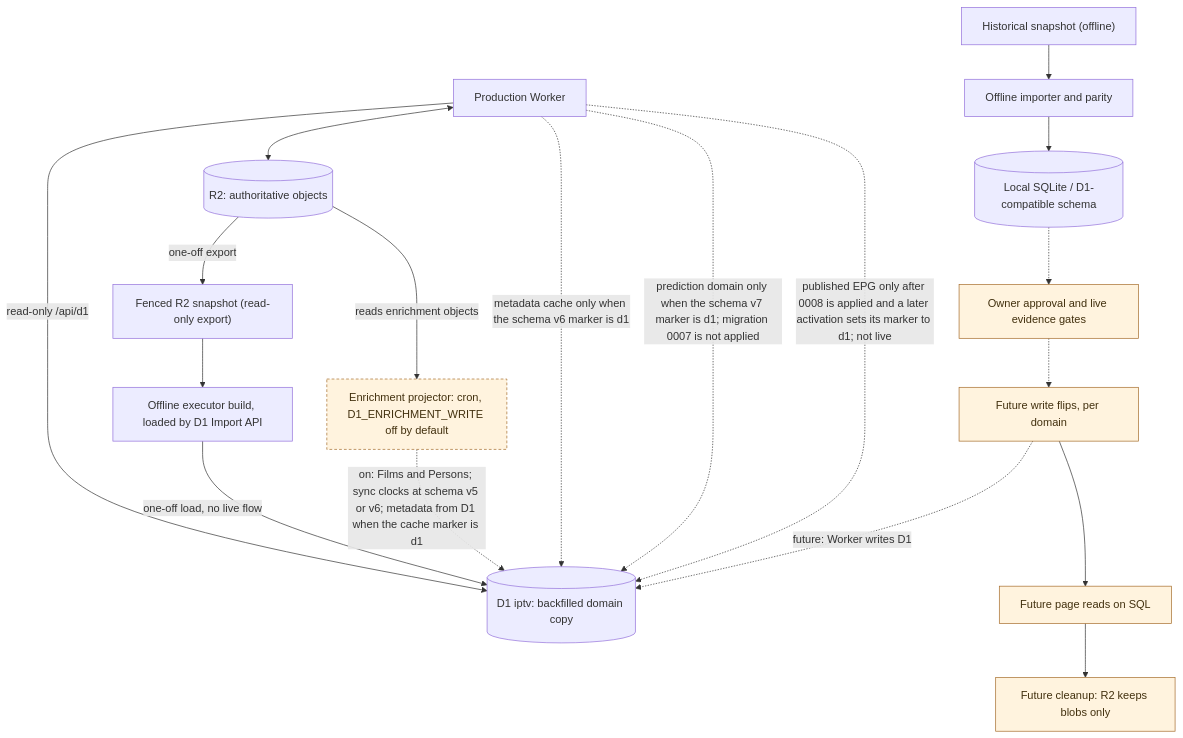
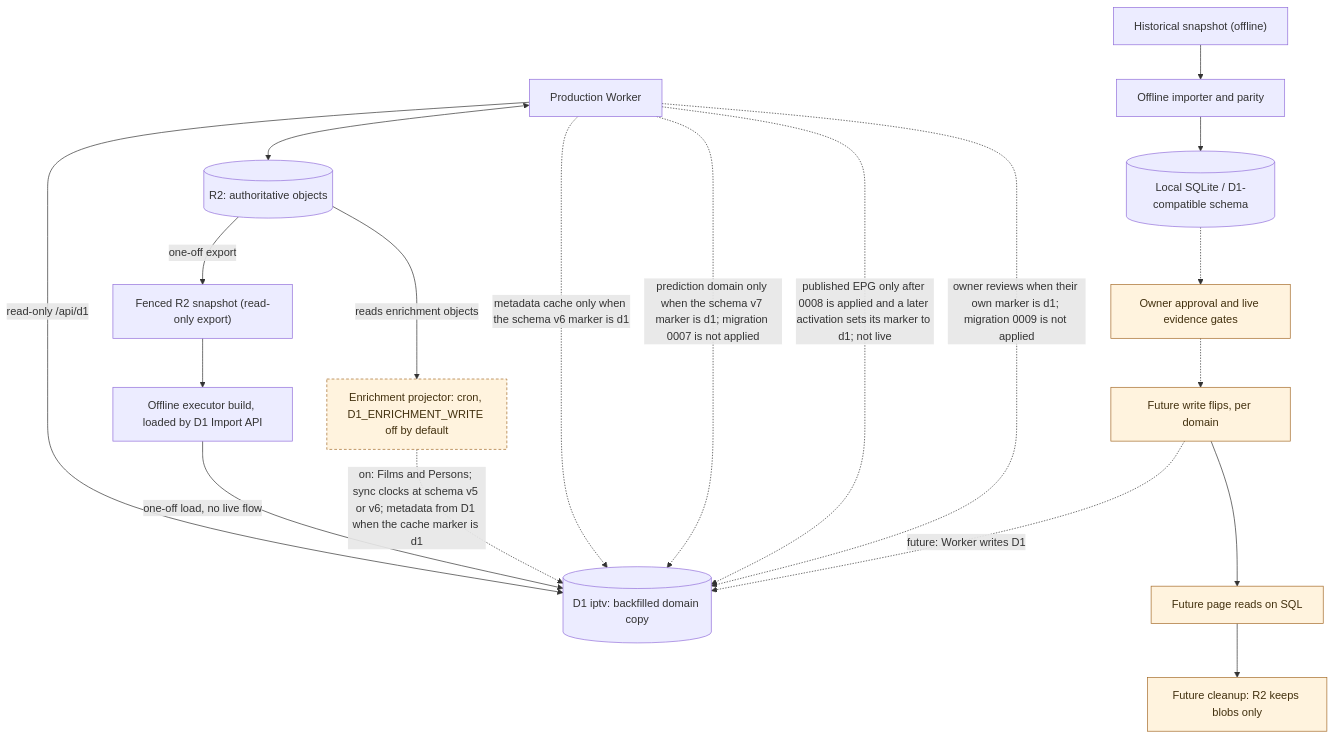
The diagram in docs/architecture/persistence-and-migration.md (vladimino/iptv-watchlist), drawn with Mermaid before and after one commit. The commit also changed other lines of this file and 30 other files, not shown here.

First line of the commit message:
AIR-314: D1 owner-review authority behind an independent marker (#319)

````diff
--- a/docs/architecture/persistence-and-migration.md
+++ b/docs/architecture/persistence-and-migration.md
@@ -5,31 +5,32 @@
 ```mermaid
 flowchart TD
     worker["Production Worker"]
     r2[("R2: authoritative objects")]
     archive["Historical snapshot (offline)"]
     importer["Offline importer and parity"]
     local[("Local SQLite / D1-compatible schema")]
     gate["Owner approval and live evidence gates"]
     snapshot["Fenced R2 snapshot (read-only export)"]
     reload["Offline executor build, loaded by D1 Import API"]
     d1[("D1 iptv: backfilled domain copy")]
     projector["Enrichment projector: cron, D1_ENRICHMENT_WRITE off by default"]
     flipWrite["Future write flips, per domain"]
     flipRead["Future page reads on SQL"]
     retire["Future cleanup: R2 keeps blobs only"]
     worker <--> r2
     worker -->|read-only /api/d1| d1
     archive --> importer --> local
     local -.-> gate
     r2 -->|one-off export| snapshot --> reload -->|one-off load, no live flow| d1
     r2 -->|reads enrichment objects| projector -.->|on: Films and Persons; sync clocks at schema v5 or v6; metadata from D1 when the cache marker is d1| d1
     worker -.->|metadata cache only when the schema v6 marker is d1| d1
     worker -.->|prediction domain only when the schema v7 marker is d1; migration 0007 is not applied| d1
     worker -.->|published EPG only after 0008 is applied and a later activation sets its marker to d1; not live| d1
+    worker -.->|owner reviews when their own marker is d1; migration 0009 is not applied| d1
     gate -.-> flipWrite -.->|future: Worker writes D1| d1
     flipWrite --> flipRead --> retire
     classDef future fill:#fff3de,stroke:#a56c2b,color:#42300e
     classDef gated fill:#fff3de,stroke:#a56c2b,color:#42300e,stroke-dasharray:4 3
     class gate,flipWrite,flipRead,retire future
     class projector gated
 ```
````
